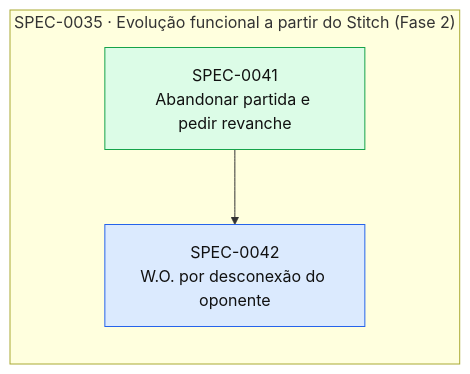
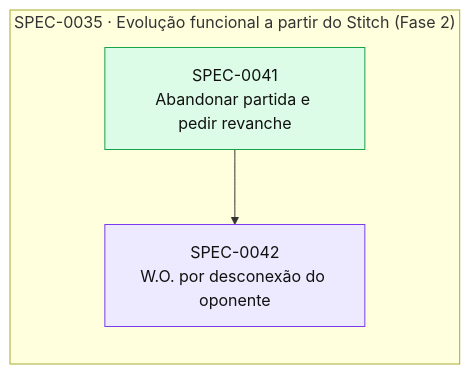
One commit to thomasravache/jogo-da-velha-multiplayer changed the diagram in docs/specs/INDEX.md. Above: the diagram before and after it, drawn with Mermaid. The commit also changed other lines of this file and 1 other file, not shown here.

First line of the commit message:
docs(specs): registrar gates G1-G4 da SPEC-0042

````diff
--- a/docs/specs/INDEX.md
+++ b/docs/specs/INDEX.md
@@ -36,13 +36,13 @@
 ```mermaid
 flowchart LR
   subgraph E0035["SPEC-0035 · Evolução funcional a partir do Stitch (Fase 2)"]
     S0041["SPEC-0041<br/>Abandonar partida e pedir revanche"]:::implemented
-    S0042["SPEC-0042<br/>W.O. por desconexão do oponente"]:::approved
+    S0042["SPEC-0042<br/>W.O. por desconexão do oponente"]:::inprogress
   end
   S0041 --> S0042
   classDef proposed fill:#fef3c7,stroke:#d97706,color:#111
   classDef approved fill:#dbeafe,stroke:#2563eb,color:#111
   classDef inprogress fill:#ede9fe,stroke:#7c3aed,color:#111
   classDef implemented fill:#dcfce7,stroke:#16a34a,color:#111
   classDef deprecated fill:#f3f4f6,stroke:#9ca3af,color:#6b7280
 ```
````
